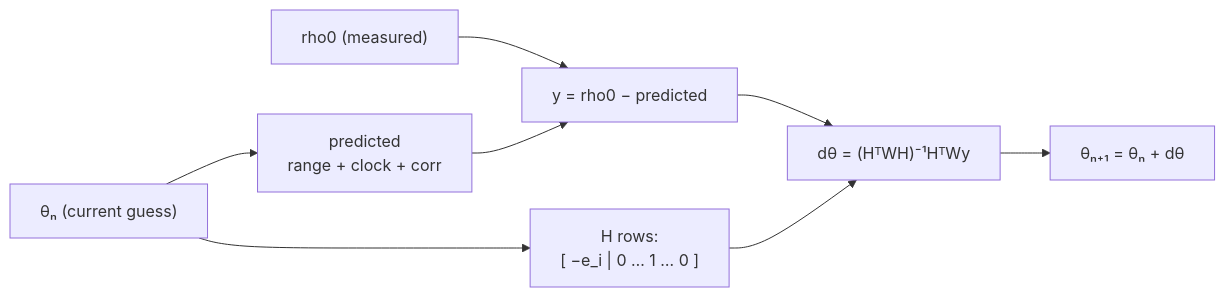
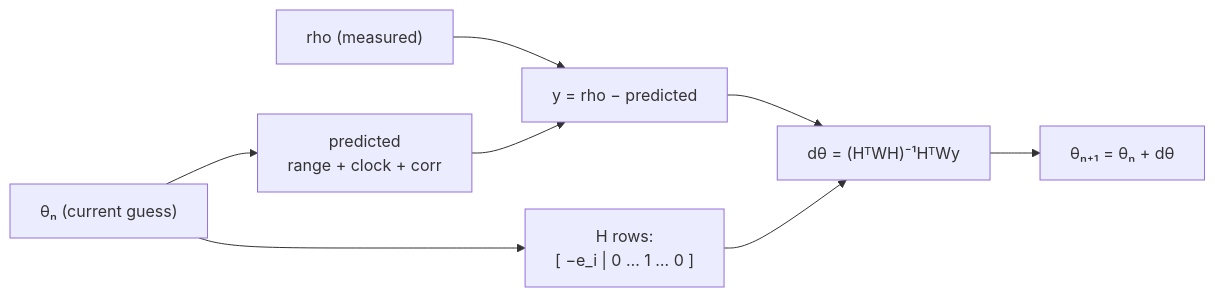
Before and after one commit to sing456123/FYP: the seventh of 11 diagrams in README.md, drawn with Mermaid. The commit also changed other lines of this file and 12 other files, not shown here.

````diff
--- a/README.md
+++ b/README.md
@@ -176,10 +175,10 @@
 ```mermaid
 flowchart LR
     T["θₙ (current guess)"] --> PR["predicted<br/>range + clock + corr"]
-    RHO["rho0 (measured)"] --> RES["y = rho0 − predicted"]
+    RHO["rho (measured)"] --> RES["y = rho − predicted"]
     PR --> RES
     T --> HM["H rows:<br/>[ −e_i | 0 … 1 … 0 ]"]
     RES --> WLS["dθ = (HᵀWH)⁻¹HᵀWy"]
     HM --> WLS
     WLS --> T2["θₙ₊₁ = θₙ + dθ"]
 ```
````
